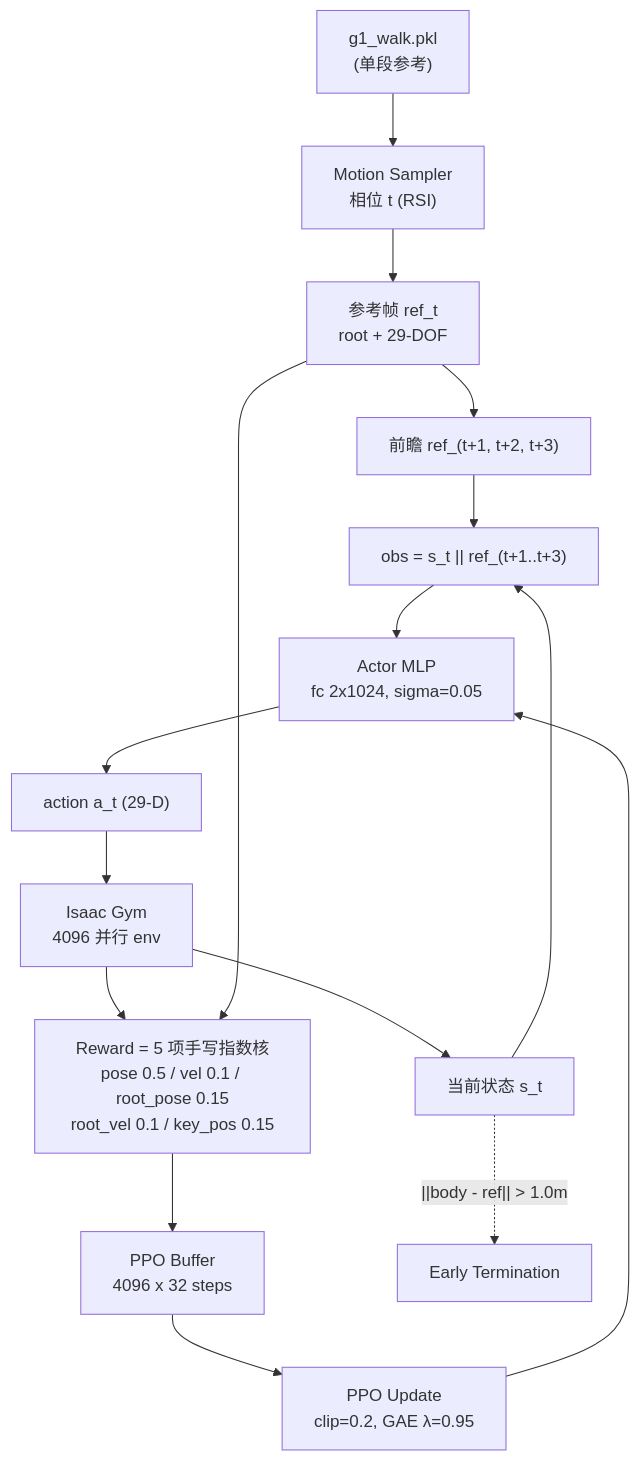
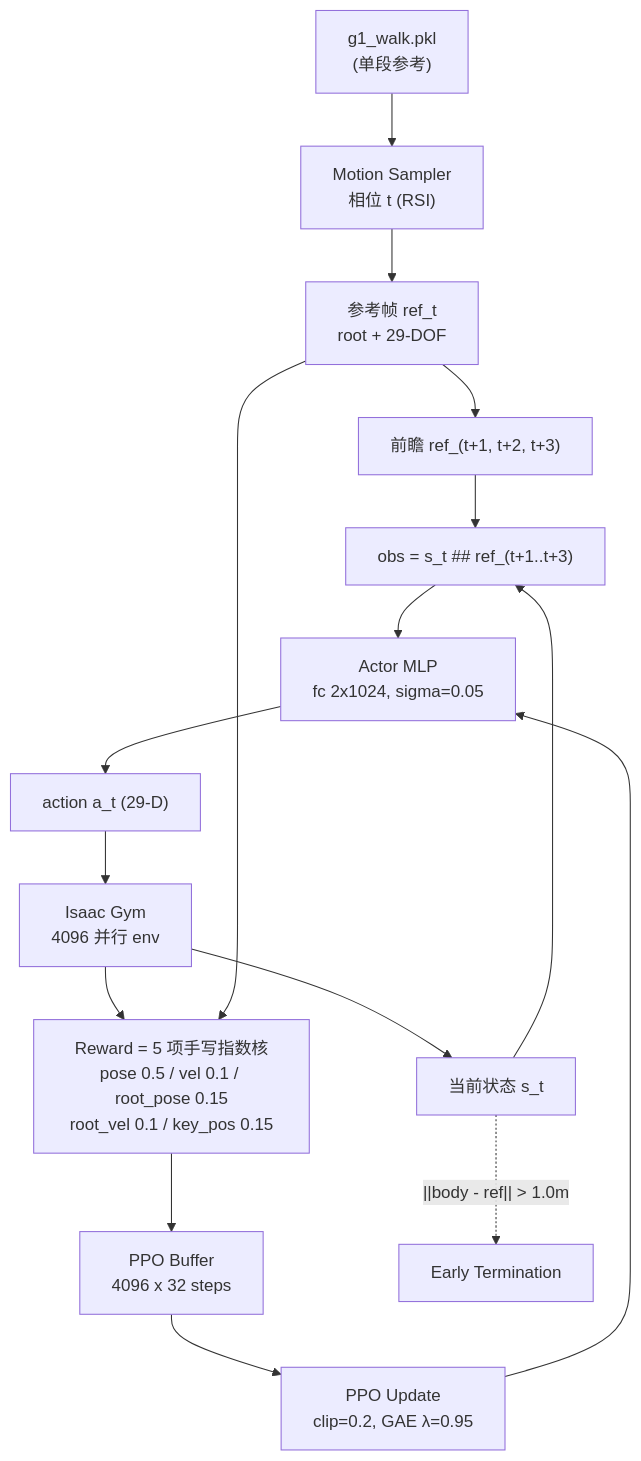
One commit to ImChong/Humanoid_Robot_Learning_Paper_Notebooks changed the second of 5 diagrams in papers/01_Foundational_RL/MimicKit_A_Reinforcement_Learning_Framework_for_Motion_Imitation_and_Control/MimicKit_A_Reinforcement_Learning_Framework_for_Motion_Imitation_and_Control.md. Above: the diagram before and after it, drawn with Mermaid. The commit also changed other lines of this file and 26 other files, not shown here.

First line of the commit message:
chore(Mermaid): 全量适配论文笔记流程图至 KaTeX 渲染规范

```diff
--- a/papers/01_Foundational_RL/MimicKit_A_Reinforcement_Learning_Framework_for_Motion_Imitation_and_Control/MimicKit_A_Reinforcement_Learning_Framework_for_Motion_Imitation_and_Control.md
+++ b/papers/01_Foundational_RL/MimicKit_A_Reinforcement_Learning_Framework_for_Motion_Imitation_and_Control/MimicKit_A_Reinforcement_Learning_Framework_for_Motion_Imitation_and_Control.md
@@ -137,18 +137,18 @@
 <div class="mermaid">
 flowchart TB
     A["g1_walk.pkl<br/>(单段参考)"] --> B["Motion Sampler<br/>相位 t (RSI)"]
     B --> C["参考帧 ref_t<br/>root + 29-DOF"]
     C --> D["前瞻 ref_(t+1, t+2, t+3)"]
     E["Isaac Gym<br/>4096 并行 env"] --> F["当前状态 s_t"]
-    F --> G["obs = s_t || ref_(t+1..t+3)"]
+    F --> G["obs = s_t  ##  ref_(t+1..t+3)"]
     D --> G
     G --> H["Actor MLP<br/>fc 2x1024, sigma=0.05"]
     H --> I["action a_t (29-D)"]
     I --> E
     E --> J["Reward = 5 项手写指数核<br/>pose 0.5 / vel 0.1 / root_pose 0.15<br/>root_vel 0.1 / key_pos 0.15"]
     C --> J
     J --> K["PPO Buffer<br/>4096 x 32 steps"]
     K --> L["PPO Update<br/>clip=0.2, GAE λ=0.95"]
     L --> H
     F -. "||body - ref|| &gt; 1.0m" .-> M["Early Termination"]
 </div>
```
